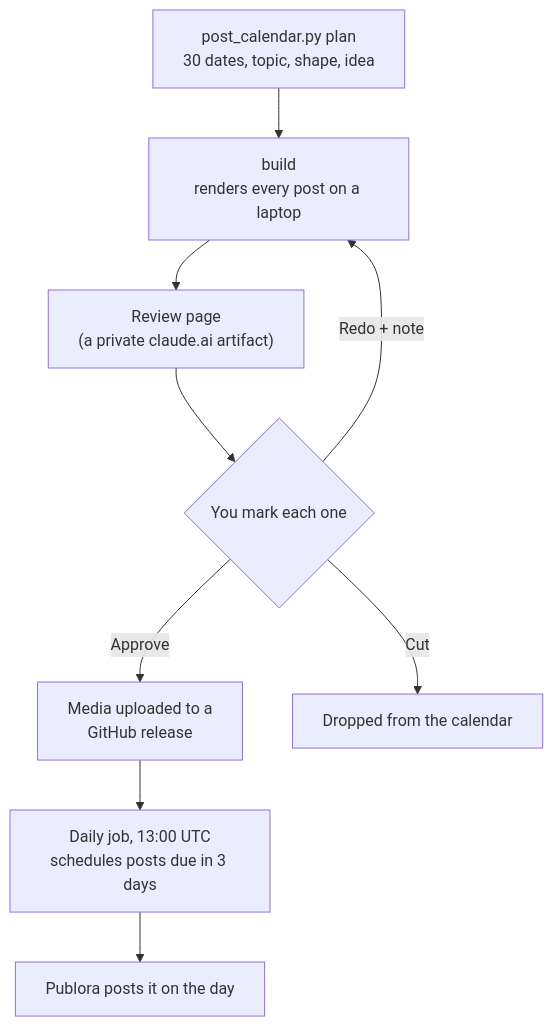
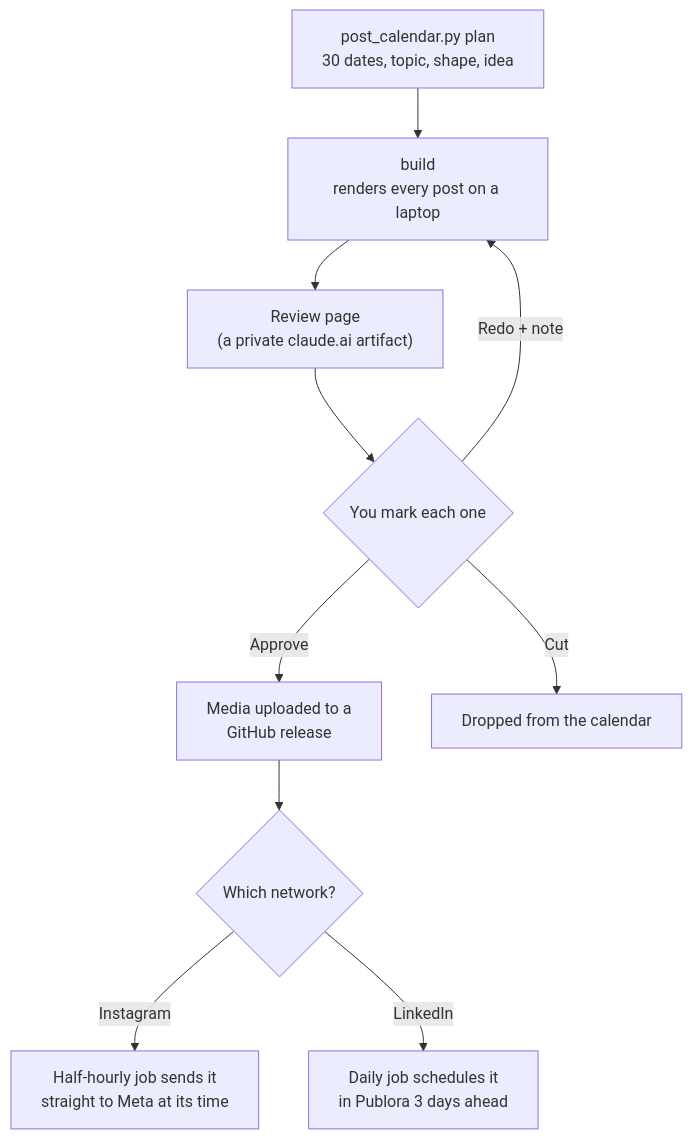
One commit to ianoharris/oralcheck changed the sixth of 7 diagrams in docs/OWNERS_GUIDE.md. Above: the diagram before and after it, drawn with Mermaid. The commit also changed other lines of this file and 1 other file, not shown here.

Commit message:
Docs: Instagram publishes straight to Meta; follow-ups

````diff
--- a/docs/OWNERS_GUIDE.md
+++ b/docs/OWNERS_GUIDE.md
@@ -605,11 +605,12 @@
 ```mermaid
 flowchart TB
     PLAN["post_calendar.py plan<br/>30 dates, topic, shape, idea"] --> BUILD["build<br/>renders every post on a laptop"]
     BUILD --> PAGE["Review page<br/>(a private claude.ai artifact)"]
     PAGE --> YOU{"You mark each one"}
     YOU -->|Approve| REL["Media uploaded to a<br/>GitHub release"]
     YOU -->|Redo + note| BUILD
     YOU -->|Cut| GONE["Dropped from the calendar"]
-    REL --> DRIP["Daily job, 13:00 UTC<br/>schedules posts due in 3 days"]
-    DRIP --> PUB["Publora posts it on the day"]
+    REL --> NET{"Which network?"}
+    NET -->|Instagram| META["Half-hourly job sends it<br/>straight to Meta at its time"]
+    NET -->|LinkedIn| DRIP["Daily job schedules it<br/>in Publora 3 days ahead"]
 ```
````
